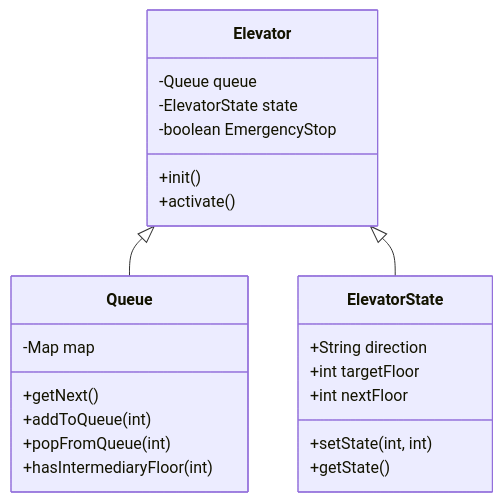
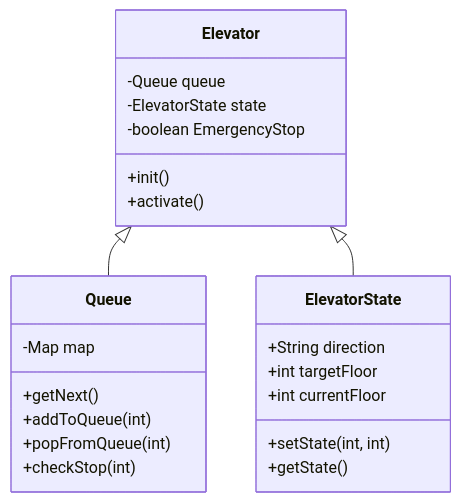
The first of 3 diagrams in mermaid.md (andreasnett/heislab), drawn with Mermaid before and after one commit. The commit also changed other lines of this file, not shown here.

Commit message:
sequence diagram is done i think

````diff
--- a/mermaid.md
+++ b/mermaid.md
@@ -5,28 +5,28 @@
 ```mermaid
 classDiagram
     Elevator <|-- Queue
     Elevator <|-- ElevatorState
     class Elevator{
       -Queue queue
       -ElevatorState state
       -boolean EmergencyStop
       +init()
       +activate()
     }
 
     class Queue{
       -Map map
       +getNext()
       +addToQueue(int)
       +popFromQueue(int)
-      +hasIntermediaryFloor(int)
+      +checkStop(int)
     }
 
     class ElevatorState{
       +String direction
       +int targetFloor
-      +int nextFloor
+      +int currentFloor
       +setState(int, int)
       +getState()
     }
 ```
````
